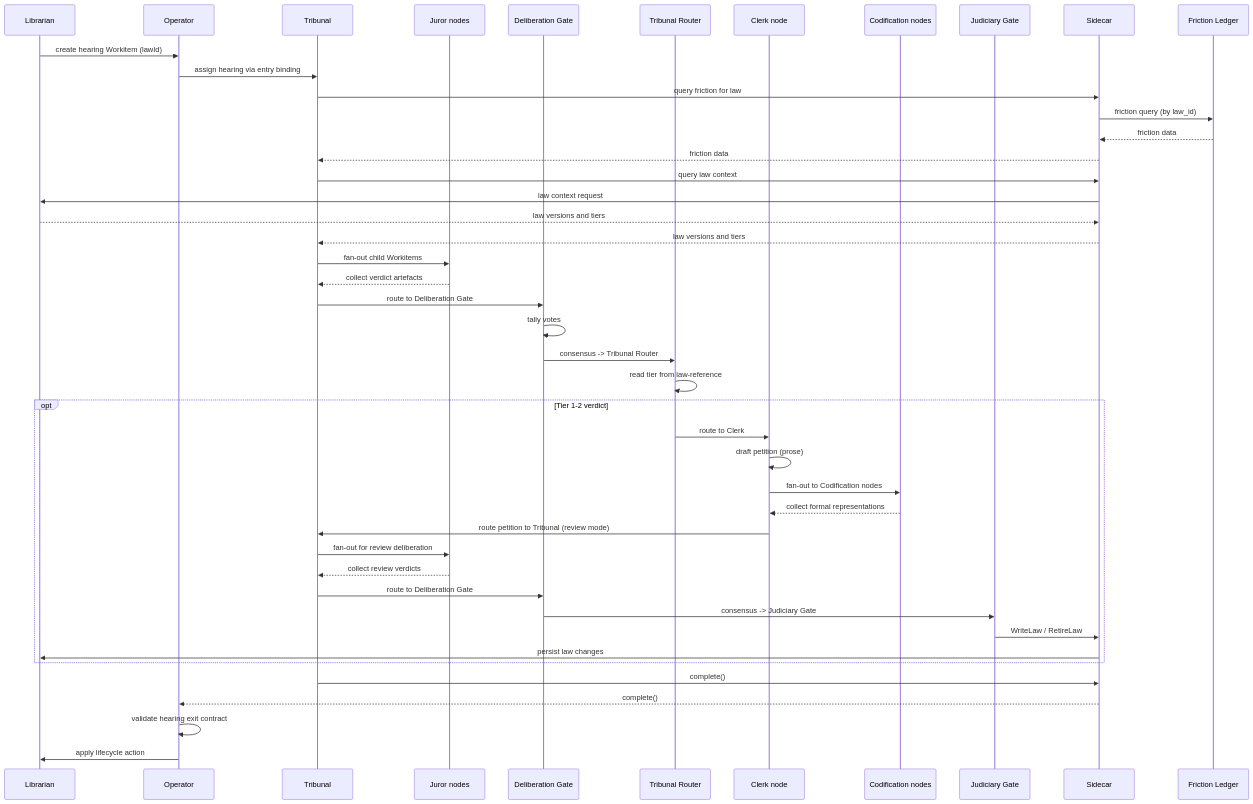
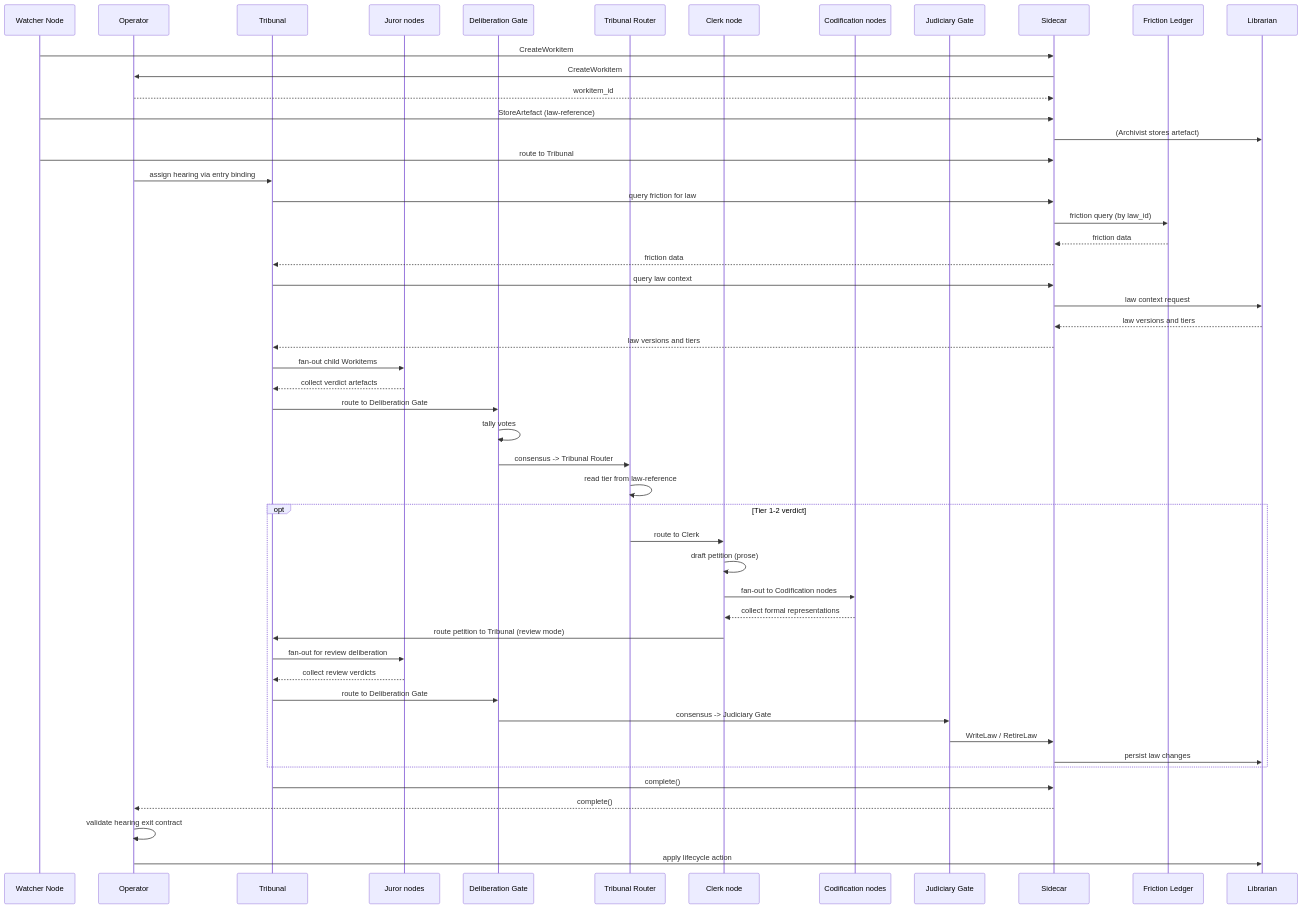
One commit to really-knows-ai/gideas changed the fourth of 4 diagrams in specs/02-flow/04-system-services.md. Above: the diagram before and after it, drawn with Mermaid. The commit also changed other lines of this file and 116 other files, not shown here.

````diff
--- a/specs/02-flow/04-system-services.md
+++ b/specs/02-flow/04-system-services.md
@@ -374,48 +373,54 @@
 ```mermaid
 sequenceDiagram
-    participant LB as Librarian
+    participant WN as Watcher Node
     participant OP as Operator
     participant TB as Tribunal
     participant JR as Juror nodes
     participant DG as Deliberation Gate
     participant TR as Tribunal Router
     participant CL as Clerk node
     participant CN as Codification nodes
     participant JG as Judiciary Gate
     participant SC as Sidecar
     participant FL as Friction Ledger
+    participant LB as Librarian
 
-    LB->>OP: create hearing Workitem (lawId)
+    WN->>SC: CreateWorkitem
+    SC->>OP: CreateWorkitem
+    OP-->>SC: workitem_id
+    WN->>SC: StoreArtefact (law-reference)
+    SC->>LB: (Archivist stores artefact)
+    WN->>SC: route to Tribunal
     OP->>TB: assign hearing via entry binding
     TB->>SC: query friction for law
     SC->>FL: friction query (by law_id)
     FL-->>SC: friction data
     SC-->>TB: friction data
     TB->>SC: query law context
     SC->>LB: law context request
     LB-->>SC: law versions and tiers
     SC-->>TB: law versions and tiers
     TB->>JR: fan-out child Workitems
     JR-->>TB: collect verdict artefacts
     TB->>DG: route to Deliberation Gate
     DG->>DG: tally votes
     DG->>TR: consensus -> Tribunal Router
     TR->>TR: read tier from law-reference
     opt Tier 1-2 verdict
         TR->>CL: route to Clerk
         CL->>CL: draft petition (prose)
         CL->>CN: fan-out to Codification nodes
         CN-->>CL: collect formal representations
         CL->>TB: route petition to Tribunal (review mode)
         TB->>JR: fan-out for review deliberation
         JR-->>TB: collect review verdicts
         TB->>DG: route to Deliberation Gate
         DG->>JG: consensus -> Judiciary Gate
         JG->>SC: WriteLaw / RetireLaw
         SC->>LB: persist law changes
     end
     TB->>SC: complete()
     SC-->>OP: complete()
     OP->>OP: validate hearing exit contract
     OP->>LB: apply lifecycle action
 ```
````
